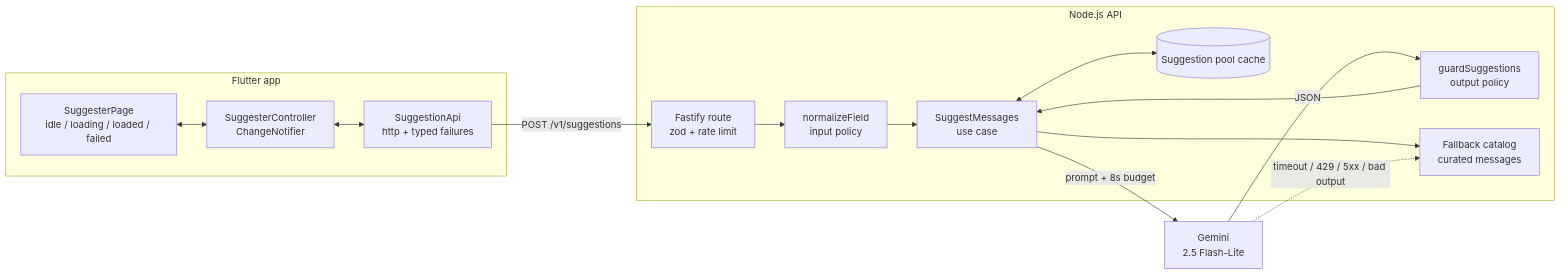
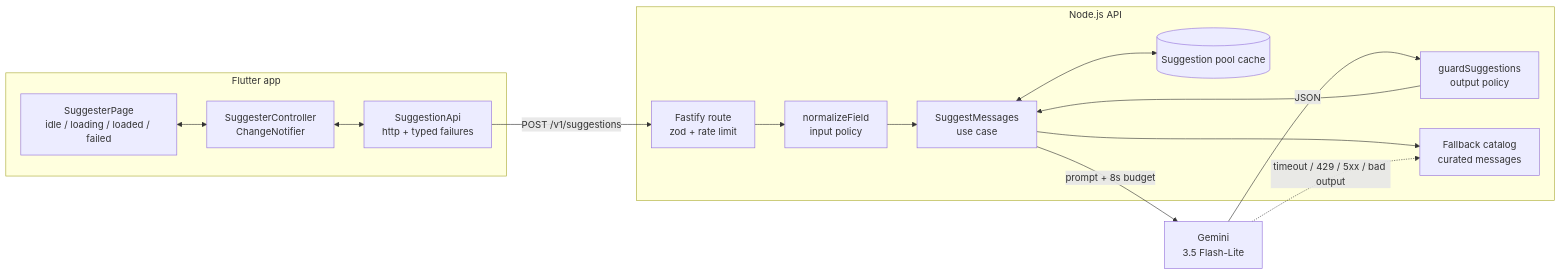
Before and after one commit to rickhbr/fullstack-dev-test: the diagram in README.md, drawn with Mermaid. The commit also changed other lines of this file and 3 other files, not shown here.

Commit message:
Use gemini-3.5-flash-lite as the default model

````diff
--- a/README.md
+++ b/README.md
@@ -112,28 +112,28 @@
 ```mermaid
 flowchart LR
     subgraph app["Flutter app"]
         UI["SuggesterPage<br/>idle / loading / loaded / failed"]
         CTRL["SuggesterController<br/>ChangeNotifier"]
         API["SuggestionApi<br/>http + typed failures"]
         UI <--> CTRL <--> API
     end
 
     subgraph backend["Node.js API"]
         HTTP["Fastify route<br/>zod + rate limit"]
         NORM["normalizeField<br/>input policy"]
         UC["SuggestMessages<br/>use case"]
         CACHE[("Suggestion pool cache")]
         GUARD["guardSuggestions<br/>output policy"]
         FB["Fallback catalog<br/>curated messages"]
         HTTP --> NORM --> UC
         UC <--> CACHE
         UC --> FB
     end
 
-    LLM["Gemini<br/>2.5 Flash-Lite"]
+    LLM["Gemini<br/>3.5 Flash-Lite"]
 
     API -->|"POST /v1/suggestions"| HTTP
     UC -->|"prompt + 8s budget"| LLM
     LLM -->|"JSON"| GUARD --> UC
     LLM -.->|"timeout / 429 / 5xx / bad output"| FB
 ```
````
